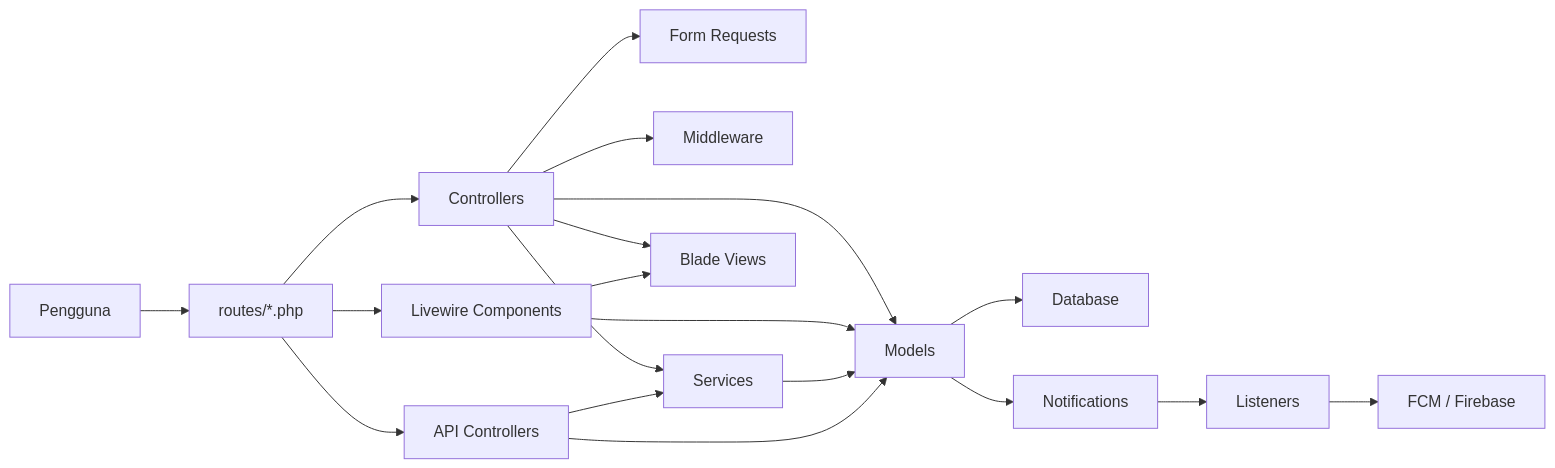
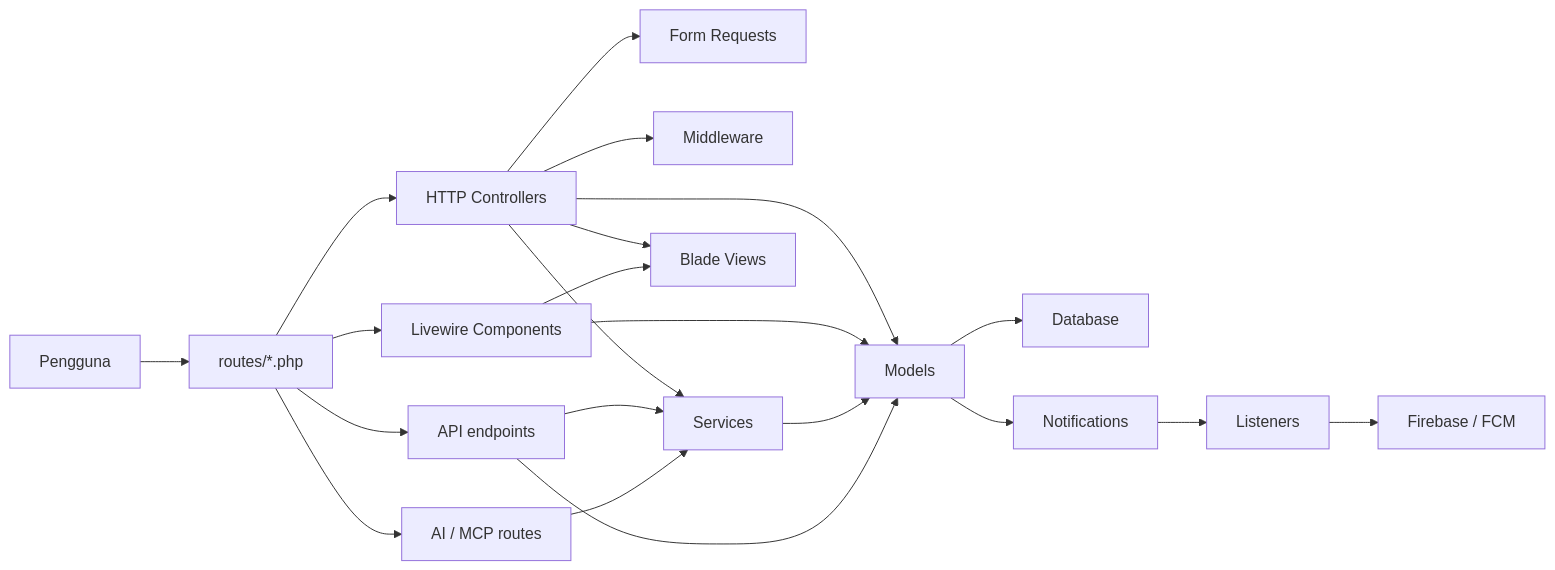
One commit to shukrisenawi/pasti changed the third of 3 diagrams in docs/graphify-lr-pasti.md. Above: the diagram before and after it, drawn with Mermaid. The commit also changed other lines of this file, not shown here.

Commit message:
Kemas kini dokumen graphify repo

````diff
--- a/docs/graphify-lr-pasti.md
+++ b/docs/graphify-lr-pasti.md
@@ -61,26 +99,28 @@
 ```mermaid
 graph LR
     USER["Pengguna"] --> ROUTE["routes/*.php"]
-    ROUTE --> CTRL["Controllers"]
+    ROUTE --> CTRL["HTTP Controllers"]
     ROUTE --> LIVE["Livewire Components"]
 
     CTRL --> REQ["Form Requests"]
     CTRL --> MW["Middleware"]
     CTRL --> SERVICES["Services"]
     CTRL --> MODELS["Models"]
-    CTRL --> VIEWS["Blade Views"]
+    CTRL --> BLADE["Blade Views"]
 
     LIVE --> MODELS
-    LIVE --> VIEWS
+    LIVE --> BLADE
 
     SERVICES --> MODELS
     MODELS --> DB["Database"]
 
     MODELS --> NOTIF["Notifications"]
-    NOTIF --> LISTENERS["Listeners"]
-    LISTENERS --> FCM["FCM / Firebase"]
+    NOTIF --> LISTENER["Listeners"]
+    LISTENER --> FCM["Firebase / FCM"]
 
-    APICTRL["API Controllers"] --> SERVICES
+    ROUTE --> APICTRL["API endpoints"]
+    ROUTE --> AIROUTE["AI / MCP routes"]
+    APICTRL --> SERVICES
     APICTRL --> MODELS
-    ROUTE --> APICTRL
+    AIROUTE --> SERVICES
 ```
````
